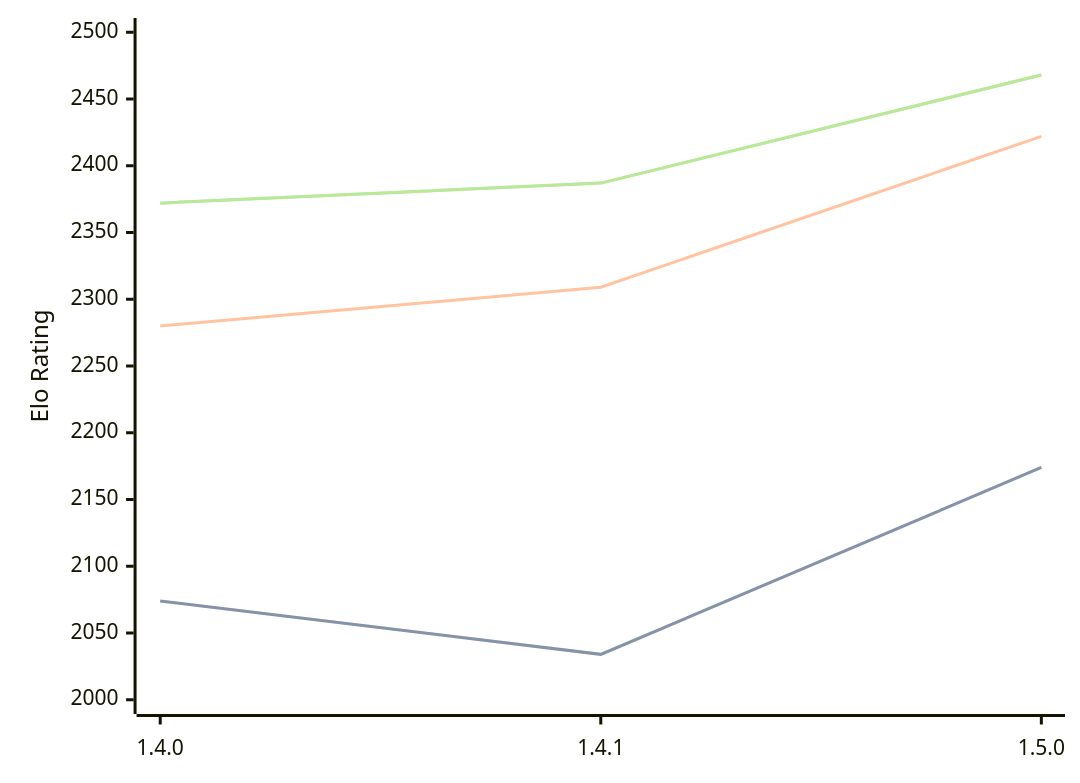
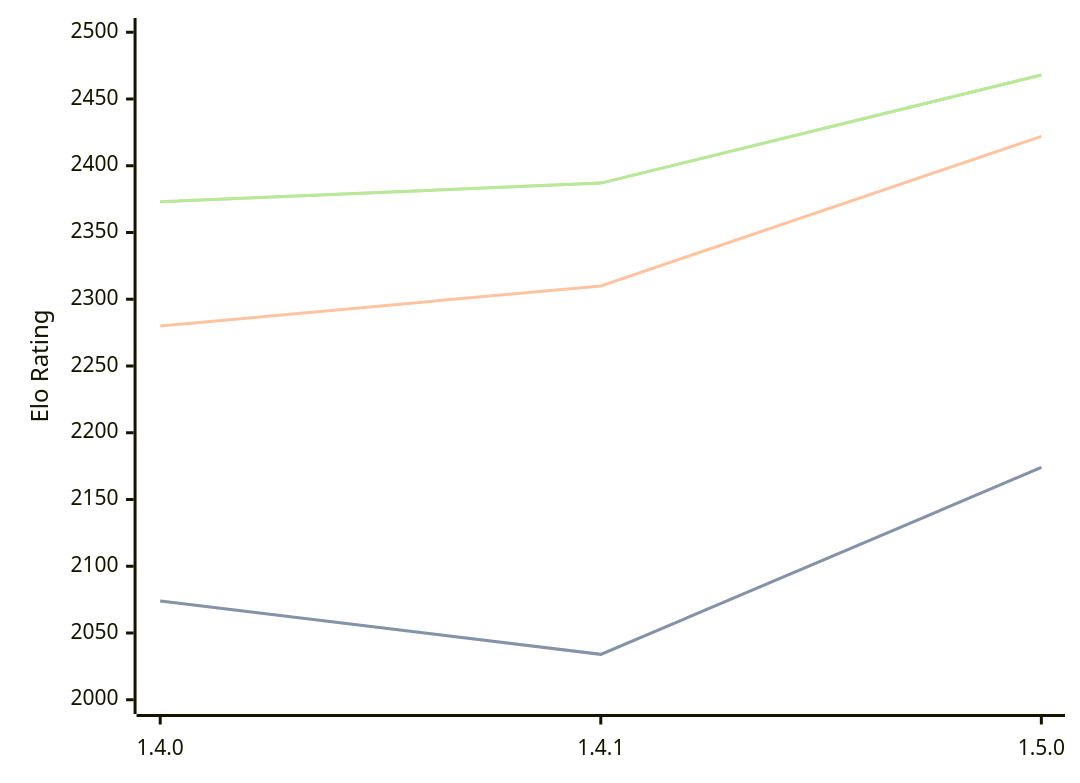
Before and after one commit to computer-chess-index/cci: the diagram in engines/Tofiks.md, drawn with Mermaid. The commit also changed other lines of this file, not shown here.

Commit message:
Update CCI Ratings (ELO VLTC) - 2026-08-05

````diff
--- a/engines/Tofiks.md
+++ b/engines/Tofiks.md
@@ -37,11 +37,11 @@
 ```mermaid
 %%{init: {"theme":"base","themeVariables":{"seriesColors:['#a3a3a3','#222221','#faa371']}}}%%
 xychart-beta
   x-axis ["1.4.0", "1.4.1", "1.5.0"]
   y-axis "Elo Rating" 2000 --> 2500
   line "STC (8.0+0.08s)" [2074, 2034, 2174]
   line "STC (8.0+0.08s)" [2074, 2034, 2174]
-  line "LTC (60.0+0.60s)" [2280, 2309, 2422]
-  line "VLTC (2m24s+1.12s)" [2372, 2387, 2468]
-  line "VLTC (2m24s+1.12s)" [2372, 2387, 2468]
+  line "LTC (60.0+0.60s)" [2280, 2310, 2422]
+  line "VLTC (2m24s+1.12s)" [2373, 2387, 2468]
+  line "VLTC (2m24s+1.12s)" [2373, 2387, 2468]
 ```
````
